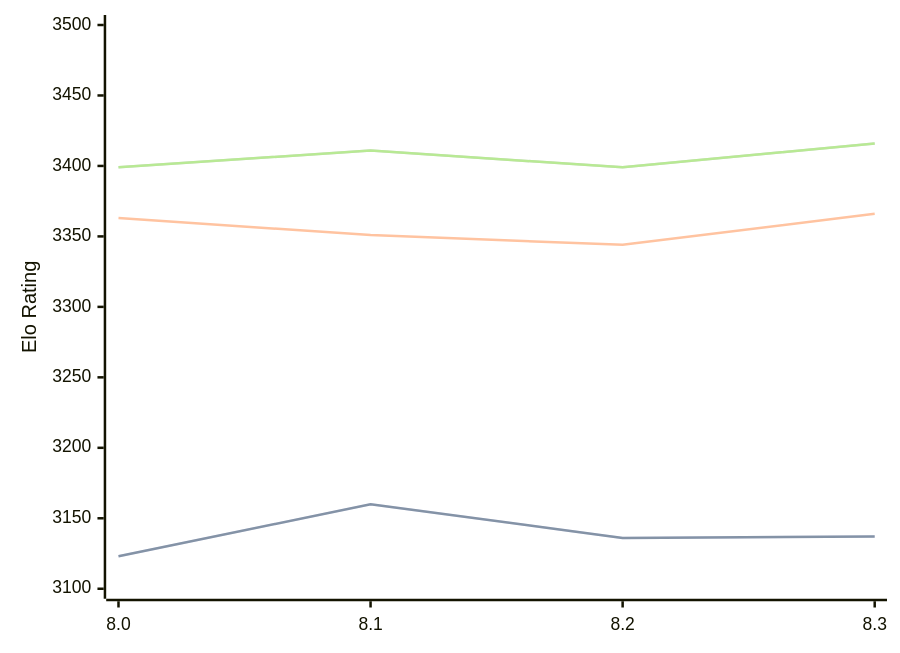
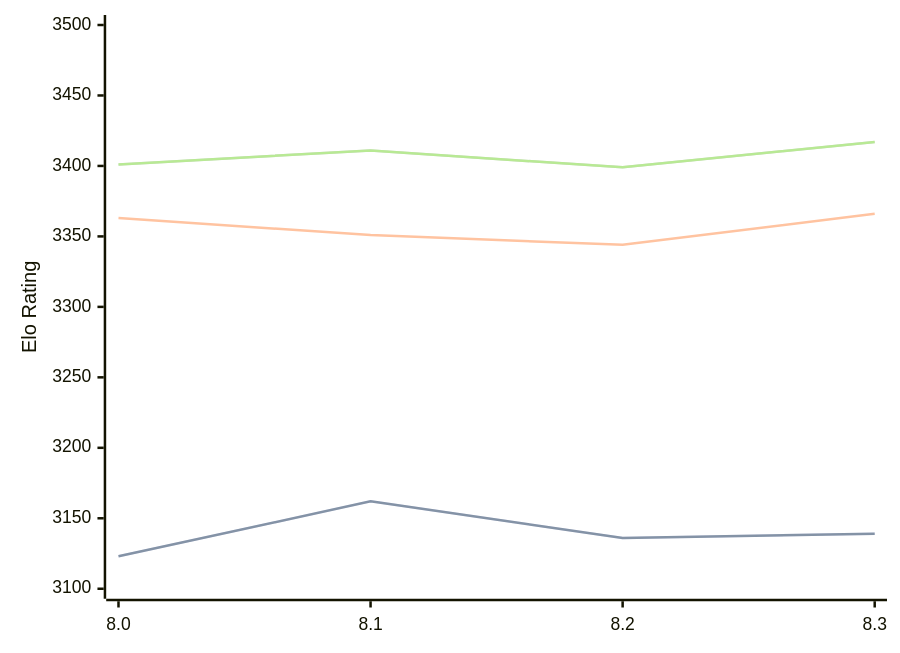
One commit to computer-chess-index/cci changed the first of 3 diagrams in engines/Alexander.md. Above: the diagram before and after it, drawn with Mermaid. The commit also changed other lines of this file, not shown here.

Commit message:
Update CCI Ratings (ELO VLTC) - 2026-06-15

````diff
--- a/engines/Alexander.md
+++ b/engines/Alexander.md
@@ -48,11 +48,11 @@
 ```mermaid
 %%{init: {"theme":"base","themeVariables":{"seriesColors:['#a3a3a3','#222221','#faa371']}}}%%
 xychart-beta
   x-axis ["8.0", "8.1", "8.2", "8.3"]
   y-axis "Elo Rating" 3100 --> 3500
-  line "STC (8.0+0.08s)" [3123, 3160, 3136, 3137]
-  line "STC (8.0+0.08s)" [3123, 3160, 3136, 3137]
+  line "STC (8.0+0.08s)" [3123, 3162, 3136, 3139]
+  line "STC (8.0+0.08s)" [3123, 3162, 3136, 3139]
   line "LTC (60.0+0.60s)" [3363, 3351, 3344, 3366]
-  line "VLTC (2m24s+1.12s)" [3399, 3411, 3399, 3416]
-  line "VLTC (2m24s+1.12s)" [3399, 3411, 3399, 3416]
+  line "VLTC (2m24s+1.12s)" [3401, 3411, 3399, 3417]
+  line "VLTC (2m24s+1.12s)" [3401, 3411, 3399, 3417]
 ```
````
